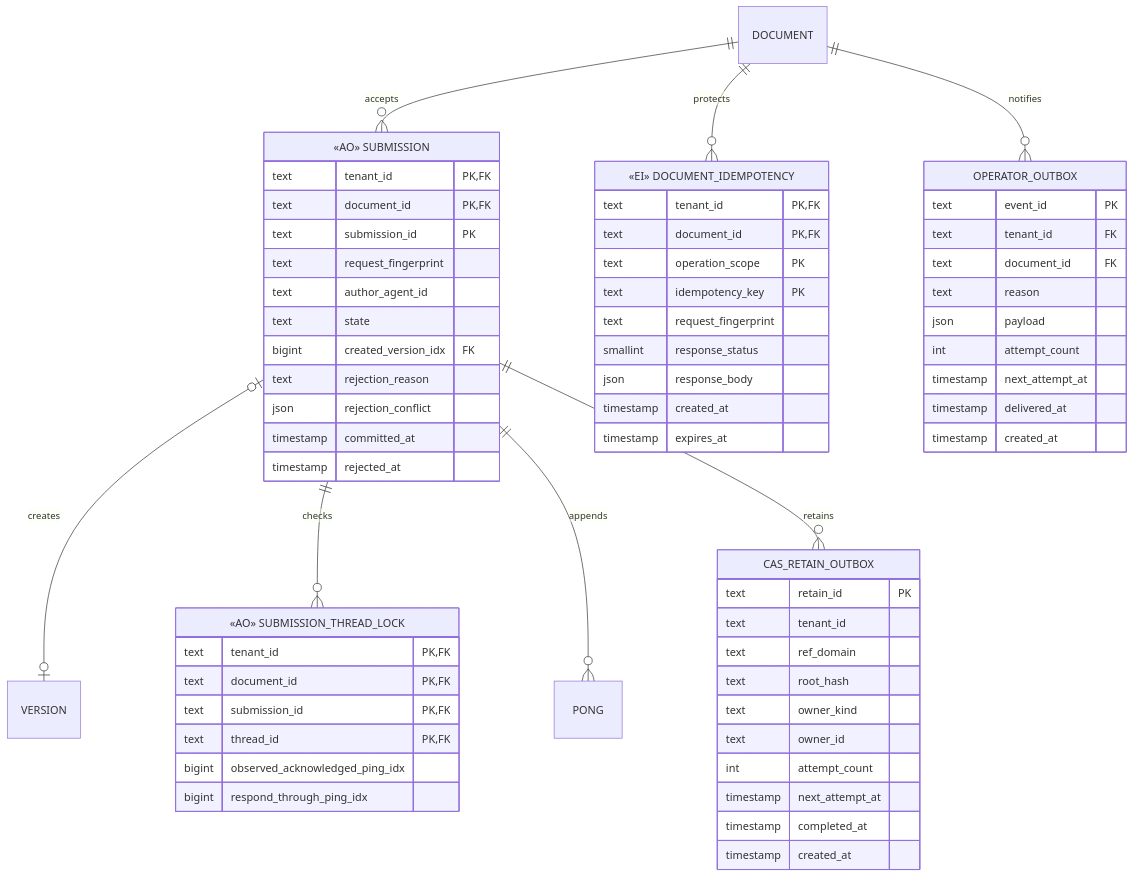
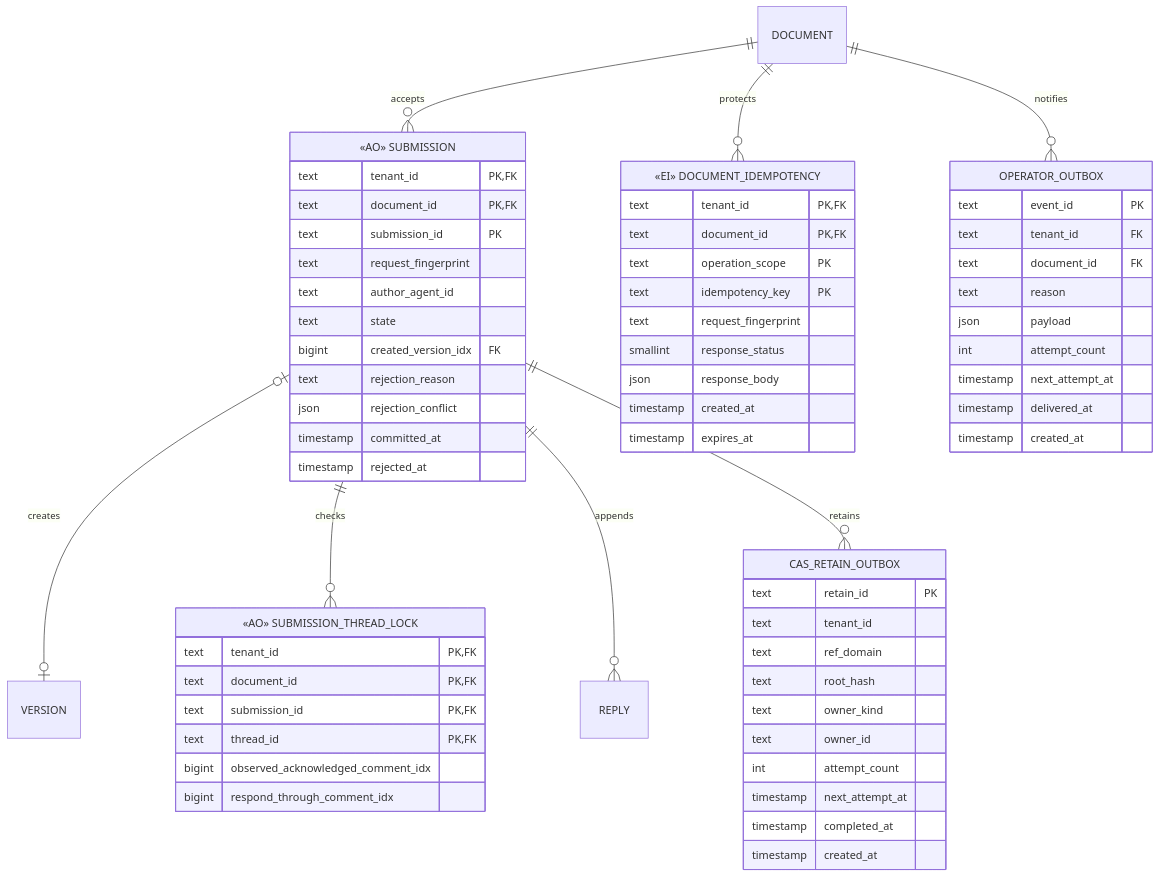
The fifth of 5 diagrams in docs/design/platform-v0/platform-er-model-v0.md (shazhou-ww/unidocs), drawn with Mermaid before and after one commit. The commit also changed other lines of this file and 21 other files, not shown here.

````diff
--- a/docs/design/platform-v0/platform-er-model-v0.md
+++ b/docs/design/platform-v0/platform-er-model-v0.md
@@ -381,66 +381,66 @@
 ```mermaid
 erDiagram
     DOCUMENT ||--o{ SUBMISSION : accepts
     SUBMISSION o|--o| VERSION : creates
     SUBMISSION ||--o{ SUBMISSION_THREAD_LOCK : checks
-    SUBMISSION ||--o{ PONG : appends
+    SUBMISSION ||--o{ REPLY : appends
     DOCUMENT ||--o{ DOCUMENT_IDEMPOTENCY : protects
     DOCUMENT ||--o{ OPERATOR_OUTBOX : notifies
     SUBMISSION ||--o{ CAS_RETAIN_OUTBOX : retains
 
     SUBMISSION["«AO» SUBMISSION"] {
         text tenant_id PK,FK
         text document_id PK,FK
         text submission_id PK
         text request_fingerprint
         text author_agent_id
         text state
         bigint created_version_idx FK
         text rejection_reason
         json rejection_conflict
         timestamp committed_at
         timestamp rejected_at
     }
     SUBMISSION_THREAD_LOCK["«AO» SUBMISSION_THREAD_LOCK"] {
         text tenant_id PK,FK
         text document_id PK,FK
         text submission_id PK,FK
         text thread_id PK,FK
-        bigint observed_acknowledged_ping_idx
-        bigint respond_through_ping_idx
+        bigint observed_acknowledged_comment_idx
+        bigint respond_through_comment_idx
     }
     DOCUMENT_IDEMPOTENCY["«EI» DOCUMENT_IDEMPOTENCY"] {
         text tenant_id PK,FK
         text document_id PK,FK
         text operation_scope PK
         text idempotency_key PK
         text request_fingerprint
         smallint response_status
         json response_body
         timestamp created_at
         timestamp expires_at
     }
     OPERATOR_OUTBOX {
         text event_id PK
         text tenant_id FK
         text document_id FK
         text reason
         json payload
         int attempt_count
         timestamp next_attempt_at
         timestamp delivered_at
         timestamp created_at
     }
     CAS_RETAIN_OUTBOX {
         text retain_id PK
         text tenant_id
         text ref_domain
         text root_hash
         text owner_kind
         text owner_id
         int attempt_count
         timestamp next_attempt_at
         timestamp completed_at
         timestamp created_at
     }
 ```
````
